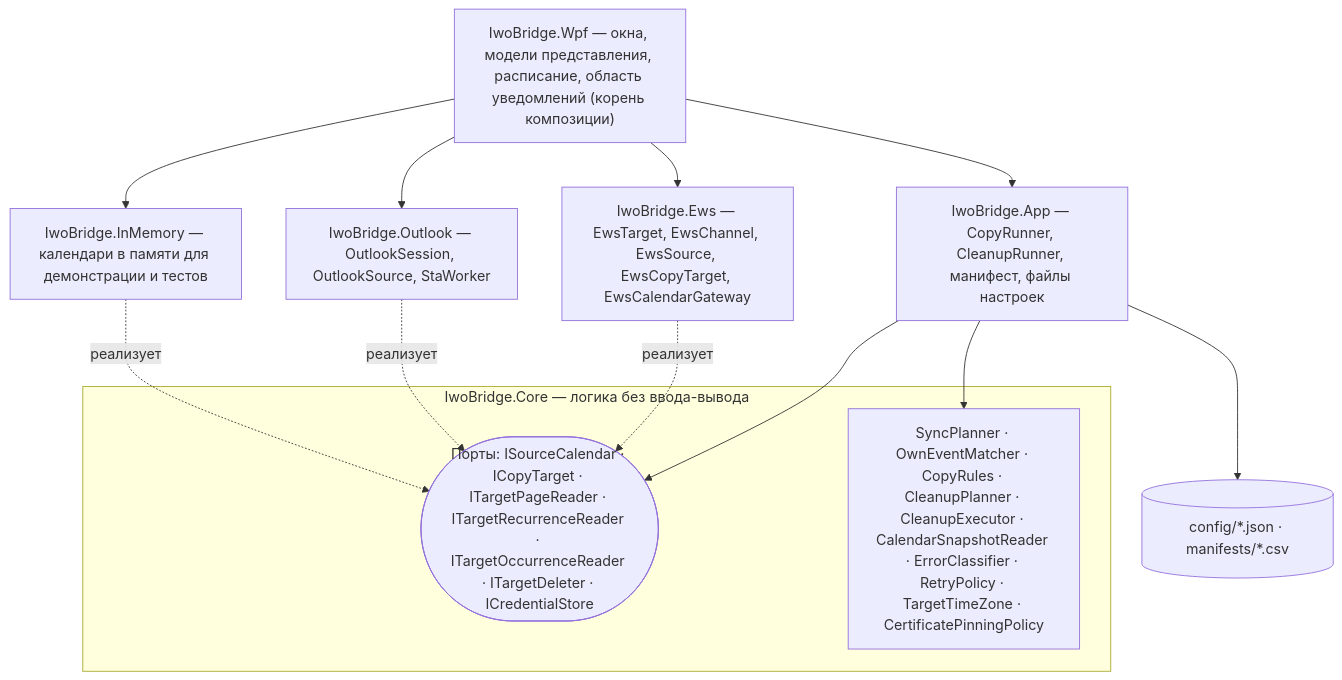
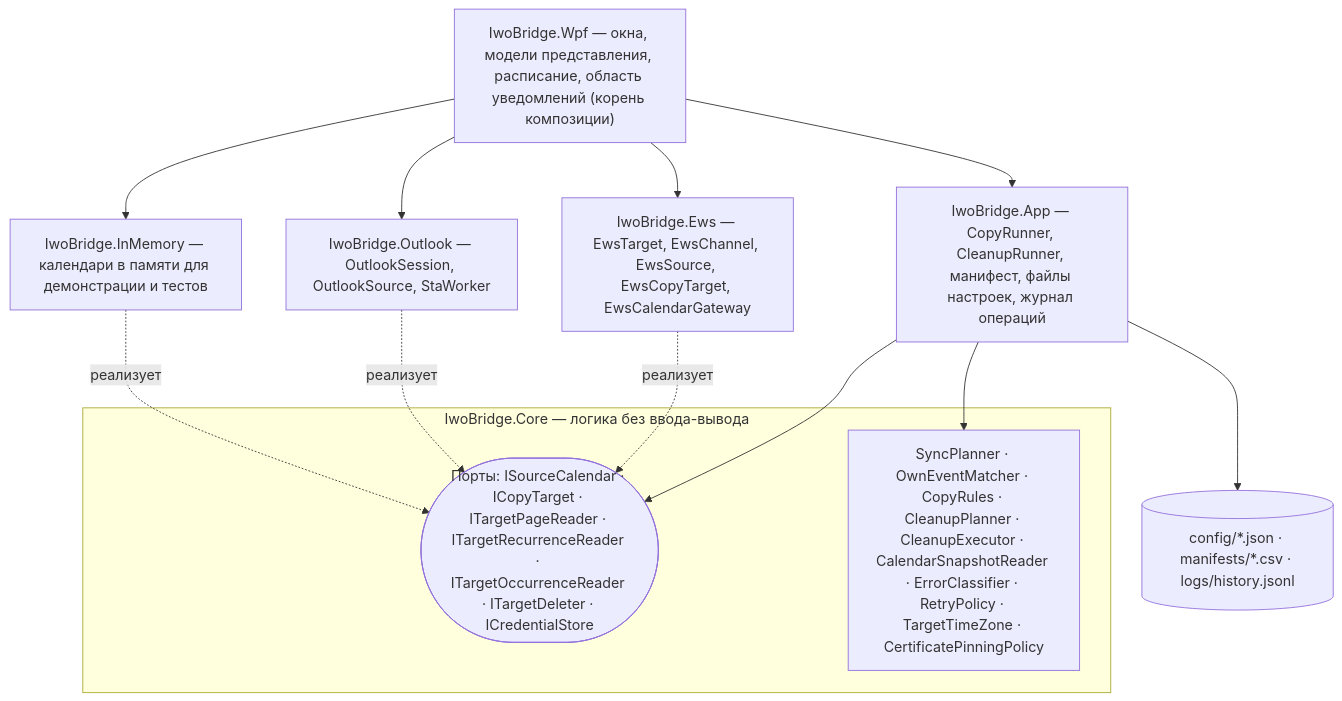
Before and after one commit to DedovMosol/iwo-Calendar-Bridge: the second of 7 diagrams in docs/ARCHITECTURE.md, drawn with Mermaid. The commit also changed other lines of this file and 96 other files, not shown here.

````diff
--- a/docs/ARCHITECTURE.md
+++ b/docs/ARCHITECTURE.md
@@ -47,26 +47,26 @@
 ```mermaid
 flowchart TB
   GUI["IwoBridge.Wpf — окна, модели представления, расписание, область уведомлений (корень композиции)"]
-  APPL["IwoBridge.App — CopyRunner, CleanupRunner, манифест, файлы настроек"]
-  FILES[("config/*.json · manifests/*.csv")]
+  APPL["IwoBridge.App — CopyRunner, CleanupRunner, манифест, файлы настроек, журнал операций"]
+  FILES[("config/*.json · manifests/*.csv · logs/history.jsonl")]
 
   subgraph CORE["IwoBridge.Core — логика без ввода-вывода"]
     PORTS(["Порты: ISourceCalendar · ICopyTarget · ITargetPageReader · ITargetRecurrenceReader · ITargetOccurrenceReader · ITargetDeleter · ICredentialStore"])
     LOGIC["SyncPlanner · OwnEventMatcher · CopyRules · CleanupPlanner · CleanupExecutor · CalendarSnapshotReader · ErrorClassifier · RetryPolicy · TargetTimeZone · CertificatePinningPolicy"]
   end
 
   EWS["IwoBridge.Ews — EwsTarget, EwsChannel, EwsSource, EwsCopyTarget, EwsCalendarGateway"]
   OUT["IwoBridge.Outlook — OutlookSession, OutlookSource, StaWorker"]
   MEM["IwoBridge.InMemory — календари в памяти для демонстрации и тестов"]
 
   GUI --> APPL
   GUI --> EWS
   GUI --> OUT
   GUI --> MEM
   APPL --> LOGIC
   APPL --> PORTS
   APPL --> FILES
   EWS -.->|реализует| PORTS
   OUT -.->|реализует| PORTS
   MEM -.->|реализует| PORTS
 ```
````
